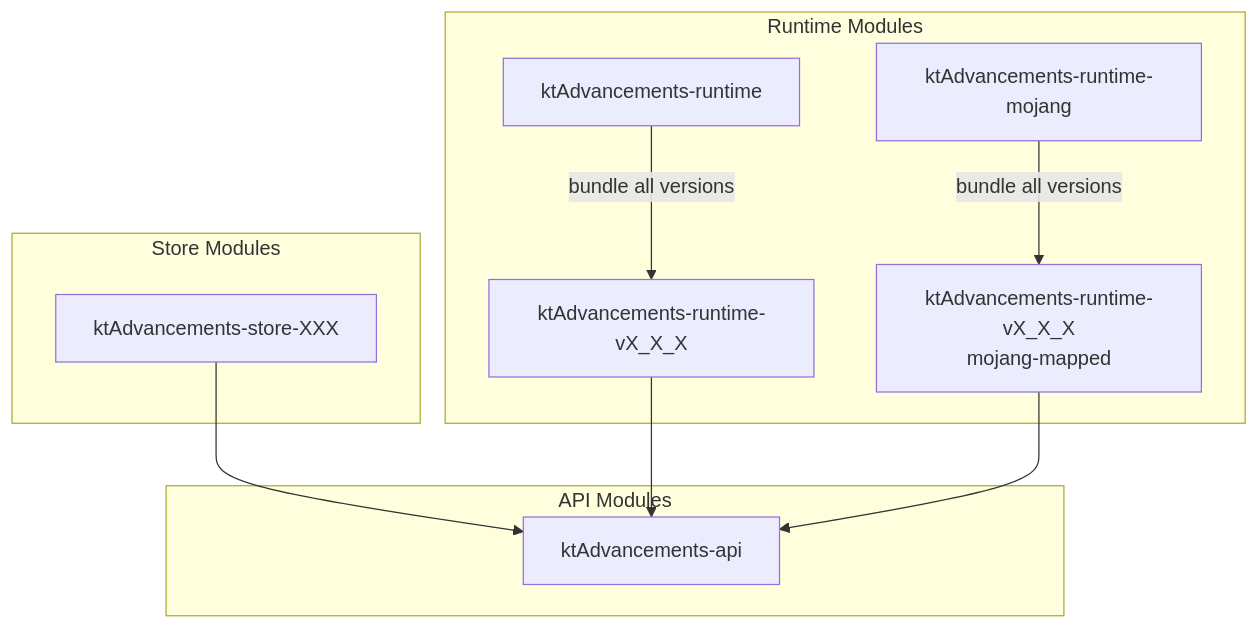
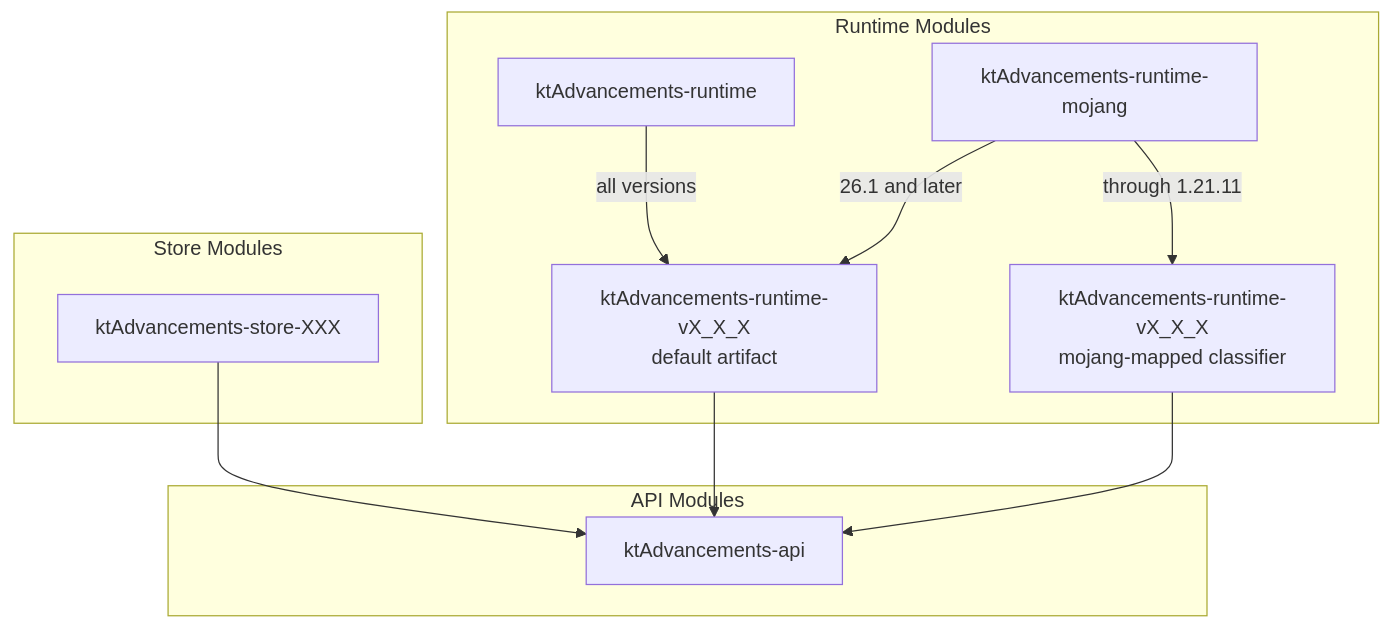
Before and after one commit to sya-ri/ktAdvancements: the diagram in README.md, drawn with Mermaid. The commit also changed other lines of this file and 12 other files, not shown here.

Commit message:
feat: Add runtime implementations through Minecraft 26.2 (#1)

````diff
--- a/README.md
+++ b/README.md
@@ -383,18 +386,19 @@
 ```mermaid
 graph TD
     subgraph API[API Modules]
         A[ktAdvancements-api]
     end
 
     subgraph Runtime[Runtime Modules]
-        B[ktAdvancements-runtime] -->|"bundle all versions"| C[ktAdvancements-runtime-vX_X_X]
-        D[ktAdvancements-runtime-mojang] -->|"bundle all versions"| E[ktAdvancements-runtime-vX_X_X<br>mojang-mapped]
+        B[ktAdvancements-runtime] -->|"all versions"| C[ktAdvancements-runtime-vX_X_X<br>default artifact]
+        D[ktAdvancements-runtime-mojang] -->|"through 1.21.11"| E[ktAdvancements-runtime-vX_X_X<br>mojang-mapped classifier]
+        D -->|"26.1 and later"| C
     end
 
     subgraph Store[Store Modules]
         F[ktAdvancements-store-XXX] --> A
     end
 
     C --> A
     E --> A
 ```
````
